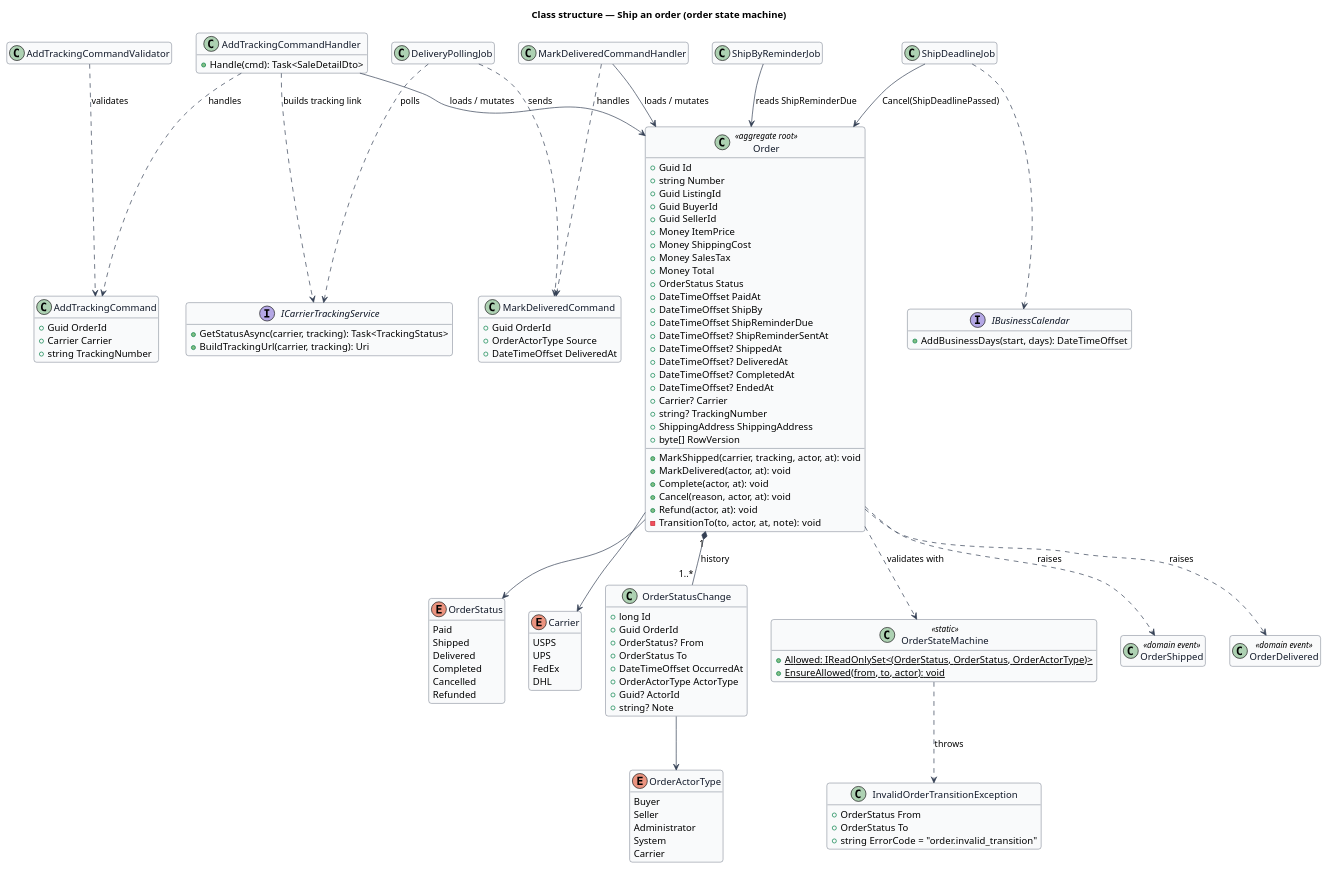
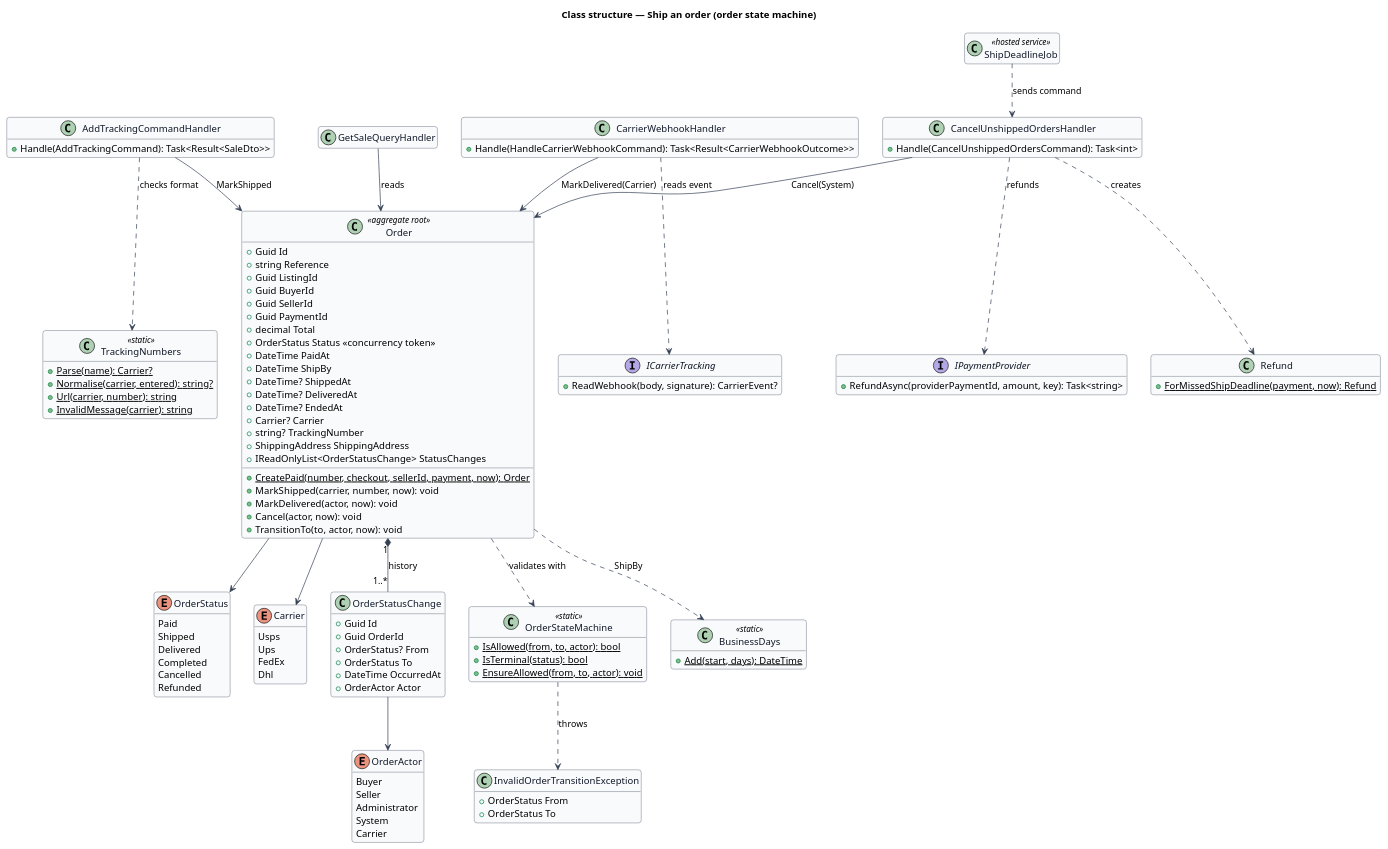
The diagram in docs/detailed-designs/orders/ship-order/diagrams/class-structure.puml (QuinntyneBrown/12l), drawn with PlantUML before and after one commit. The commit also changed 66 other files, not shown here.

First line of the commit message:
Document ship-order: design, ADR, design system, composition, estimates

```diff
--- a/docs/detailed-designs/orders/ship-order/diagrams/class-structure.puml
+++ b/docs/detailed-designs/orders/ship-order/diagrams/class-structure.puml
@@ -1,132 +1,123 @@
 @startuml
 skinparam backgroundColor #FFFFFF
 skinparam shadowing false
 skinparam roundcorner 8
 skinparam defaultFontName Arial
 skinparam ArrowColor #344054
 skinparam class {
   BorderColor #344054
   FontColor #101828
   BackgroundColor #F9FAFB
 }
 hide empty members
 title Class structure — Ship an order (order state machine)
 
 enum OrderStatus {
   Paid
   Shipped
   Delivered
   Completed
   Cancelled
   Refunded
 }
-enum OrderActorType {
+enum OrderActor {
   Buyer
   Seller
   Administrator
   System
   Carrier
 }
 enum Carrier {
-  USPS
-  UPS
+  Usps
+  Ups
   FedEx
-  DHL
+  Dhl
 }
 class Order <<aggregate root>> {
   +Guid Id
-  +string Number
+  +string Reference
   +Guid ListingId
   +Guid BuyerId
   +Guid SellerId
-  +Money ItemPrice
-  +Money ShippingCost
-  +Money SalesTax
-  +Money Total
-  +OrderStatus Status
-  +DateTimeOffset PaidAt
-  +DateTimeOffset ShipBy
-  +DateTimeOffset ShipReminderDue
-  +DateTimeOffset? ShipReminderSentAt
-  +DateTimeOffset? ShippedAt
-  +DateTimeOffset? DeliveredAt
-  +DateTimeOffset? CompletedAt
-  +DateTimeOffset? EndedAt
+  +Guid PaymentId
+  +decimal Total
+  +OrderStatus Status <<concurrency token>>
+  +DateTime PaidAt
+  +DateTime ShipBy
+  +DateTime? ShippedAt
+  +DateTime? DeliveredAt
+  +DateTime? EndedAt
   +Carrier? Carrier
   +string? TrackingNumber
   +ShippingAddress ShippingAddress
-  +byte[] RowVersion
-  +MarkShipped(carrier, tracking, actor, at): void
-  +MarkDelivered(actor, at): void
-  +Complete(actor, at): void
-  +Cancel(reason, actor, at): void
-  +Refund(actor, at): void
-  -TransitionTo(to, actor, at, note): void
+  +IReadOnlyList<OrderStatusChange> StatusChanges
+  +{static} CreatePaid(number, checkout, sellerId, payment, now): Order
+  +MarkShipped(carrier, number, now): void
+  +MarkDelivered(actor, now): void
+  +Cancel(actor, now): void
+  +TransitionTo(to, actor, now): void
 }
 class OrderStatusChange {
-  +long Id
+  +Guid Id
   +Guid OrderId
   +OrderStatus? From
   +OrderStatus To
-  +DateTimeOffset OccurredAt
-  +OrderActorType ActorType
-  +Guid? ActorId
-  +string? Note
+  +DateTime OccurredAt
+  +OrderActor Actor
 }
 class OrderStateMachine <<static>> {
-  +{static} Allowed: IReadOnlySet<(OrderStatus, OrderStatus, OrderActorType)>
+  +{static} IsAllowed(from, to, actor): bool
+  +{static} IsTerminal(status): bool
   +{static} EnsureAllowed(from, to, actor): void
 }
 class InvalidOrderTransitionException {
   +OrderStatus From
   +OrderStatus To
-  +string ErrorCode = "order.invalid_transition"
 }
-class AddTrackingCommand {
-  +Guid OrderId
-  +Carrier Carrier
-  +string TrackingNumber
+class BusinessDays <<static>> {
+  +{static} Add(start, days): DateTime
 }
-class AddTrackingCommandValidator
+class TrackingNumbers <<static>> {
+  +{static} Parse(name): Carrier?
+  +{static} Normalise(carrier, entered): string?
+  +{static} Url(carrier, number): string
+  +{static} InvalidMessage(carrier): string
+}
+class Refund {
+  +{static} ForMissedShipDeadline(payment, now): Refund
+}
 class AddTrackingCommandHandler {
-  +Handle(cmd): Task<SaleDetailDto>
+  +Handle(AddTrackingCommand): Task<Result<SaleDto>>
 }
-class MarkDeliveredCommand {
-  +Guid OrderId
-  +OrderActorType Source
-  +DateTimeOffset DeliveredAt
+class GetSaleQueryHandler
+class CarrierWebhookHandler {
+  +Handle(HandleCarrierWebhookCommand): Task<Result<CarrierWebhookOutcome>>
 }
-class MarkDeliveredCommandHandler
-interface IBusinessCalendar {
-  +AddBusinessDays(start, days): DateTimeOffset
+class CancelUnshippedOrdersHandler {
+  +Handle(CancelUnshippedOrdersCommand): Task<int>
 }
-interface ICarrierTrackingService {
-  +GetStatusAsync(carrier, tracking): Task<TrackingStatus>
-  +BuildTrackingUrl(carrier, tracking): Uri
+interface ICarrierTracking {
+  +ReadWebhook(body, signature): CarrierEvent?
 }
-class ShipByReminderJob
-class ShipDeadlineJob
-class DeliveryPollingJob
-class OrderShipped <<domain event>>
-class OrderDelivered <<domain event>>
+interface IPaymentProvider {
+  +RefundAsync(providerPaymentId, amount, key): Task<string>
+}
+class ShipDeadlineJob <<hosted service>>
 
 Order "1" *-- "1..*" OrderStatusChange : history
 Order --> OrderStatus
 Order ..> OrderStateMachine : validates with
+Order ..> BusinessDays : ShipBy
 OrderStateMachine ..> InvalidOrderTransitionException : throws
-OrderStatusChange --> OrderActorType
+OrderStatusChange --> OrderActor
 Order --> Carrier
-AddTrackingCommandHandler ..> AddTrackingCommand : handles
-AddTrackingCommandValidator ..> AddTrackingCommand : validates
-AddTrackingCommandHandler --> Order : loads / mutates
-AddTrackingCommandHandler ..> ICarrierTrackingService : builds tracking link
-MarkDeliveredCommandHandler ..> MarkDeliveredCommand : handles
-MarkDeliveredCommandHandler --> Order : loads / mutates
-DeliveryPollingJob ..> ICarrierTrackingService : polls
-DeliveryPollingJob ..> MarkDeliveredCommand : sends
-ShipByReminderJob --> Order : reads ShipReminderDue
-ShipDeadlineJob --> Order : Cancel(ShipDeadlinePassed)
-ShipDeadlineJob ..> IBusinessCalendar
-Order ..> OrderShipped : raises
-Order ..> OrderDelivered : raises
+AddTrackingCommandHandler ..> TrackingNumbers : checks format
+AddTrackingCommandHandler --> Order : MarkShipped
+GetSaleQueryHandler --> Order : reads
+CarrierWebhookHandler ..> ICarrierTracking : reads event
+CarrierWebhookHandler --> Order : MarkDelivered(Carrier)
+CancelUnshippedOrdersHandler --> Order : Cancel(System)
+CancelUnshippedOrdersHandler ..> Refund : creates
+CancelUnshippedOrdersHandler ..> IPaymentProvider : refunds
+ShipDeadlineJob ..> CancelUnshippedOrdersHandler : sends command
 @enduml
```
